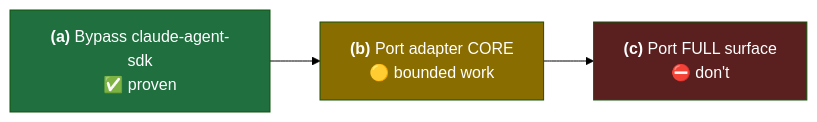
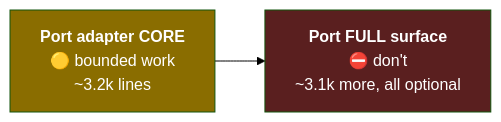
Before and after one commit to fastestdevalive/claude-agent-acp: the fifth of 5 diagrams in EVALUATION.md, drawn with Mermaid (forest theme). The commit also changed other lines of this file, not shown here.

First line of the commit message:
Take SDK bypass as settled; drop it as an open consideration

````diff
--- a/EVALUATION.md
+++ b/EVALUATION.md
@@ -282,9 +275,7 @@
 ```mermaid
 flowchart LR
-    A["<b>(a)</b> Bypass claude-agent-sdk<br/>✅ proven"] --> B["<b>(b)</b> Port adapter CORE<br/>🟡 bounded work"]
-    B --> C["<b>(c)</b> Port FULL surface<br/>⛔ don't"]
+    A["<b>Port adapter CORE</b><br/>🟡 bounded work<br/>~3.2k lines"] --> B["<b>Port FULL surface</b><br/>⛔ don't<br/>~3.1k more, all optional"]
 
-    style A fill:#1f6f3f,color:#fff
-    style B fill:#8a6d00,color:#fff
-    style C fill:#5a1f1f,color:#fff
+    style A fill:#8a6d00,color:#fff
+    style B fill:#5a1f1f,color:#fff
 ```
````
